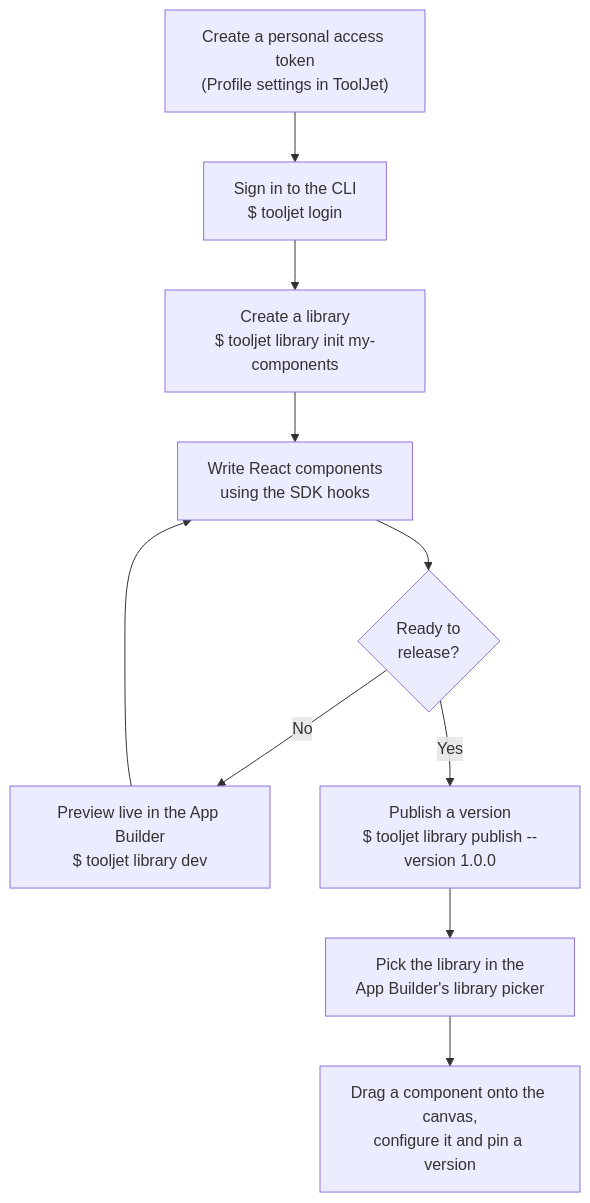
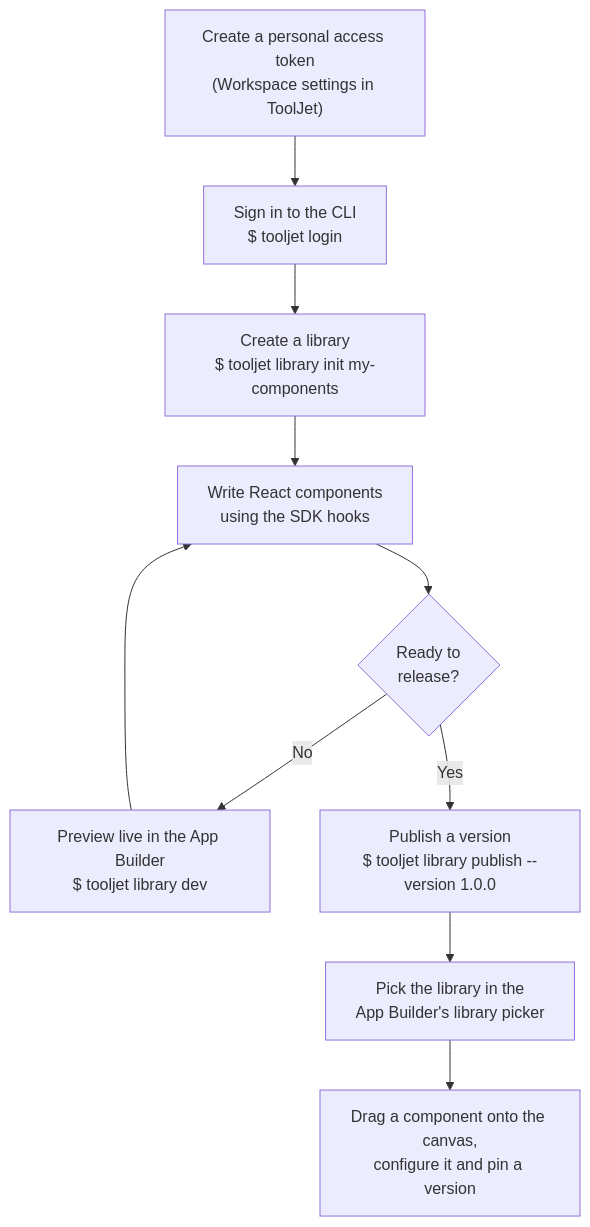
The diagram in docs/versioned_docs/version-4.0.0-LTS/app-builder/custom-component-library/overview.md (ToolJet/ToolJet), drawn with Mermaid before and after one commit. The commit also changed 8 other files, not shown here.

First line of the commit message:
docs: point personal access token steps to Workspace settings

````diff
--- a/docs/versioned_docs/version-4.0.0-LTS/app-builder/custom-component-library/overview.md
+++ b/docs/versioned_docs/version-4.0.0-LTS/app-builder/custom-component-library/overview.md
@@ -67,12 +67,12 @@
 ```mermaid
 flowchart TD
-  A["Create a personal access token<br/>(Profile settings in ToolJet)"] --> B["Sign in to the CLI<br/>$ tooljet login"]
+  A["Create a personal access token<br/>(Workspace settings in ToolJet)"] --> B["Sign in to the CLI<br/>$ tooljet login"]
   B --> C["Create a library<br/>$ tooljet library init my-components"]
   C --> D["Write React components<br/>using the SDK hooks"]
   D --> E{"Ready to<br/>release?"}
   E -->|No| F["Preview live in the App Builder<br/>$ tooljet library dev"]
   F --> D
   E -->|Yes| G["Publish a version<br/>$ tooljet library publish --version 1.0.0"]
   G --> H["Pick the library in the<br/>App Builder's library picker"]
   H --> I["Drag a component onto the canvas,<br/>configure it and pin a version"]
 ```
````
